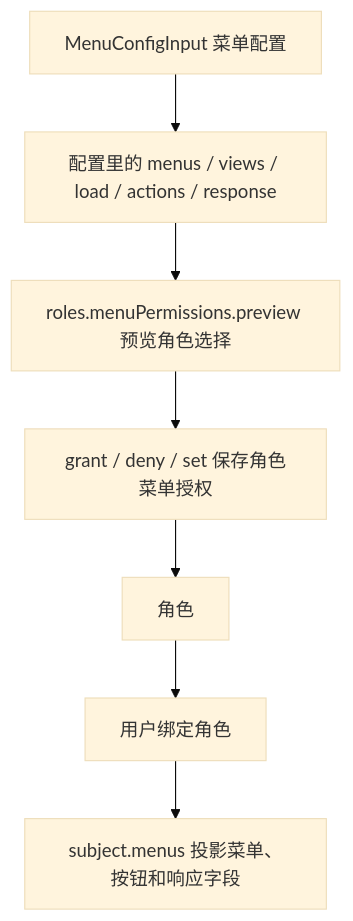
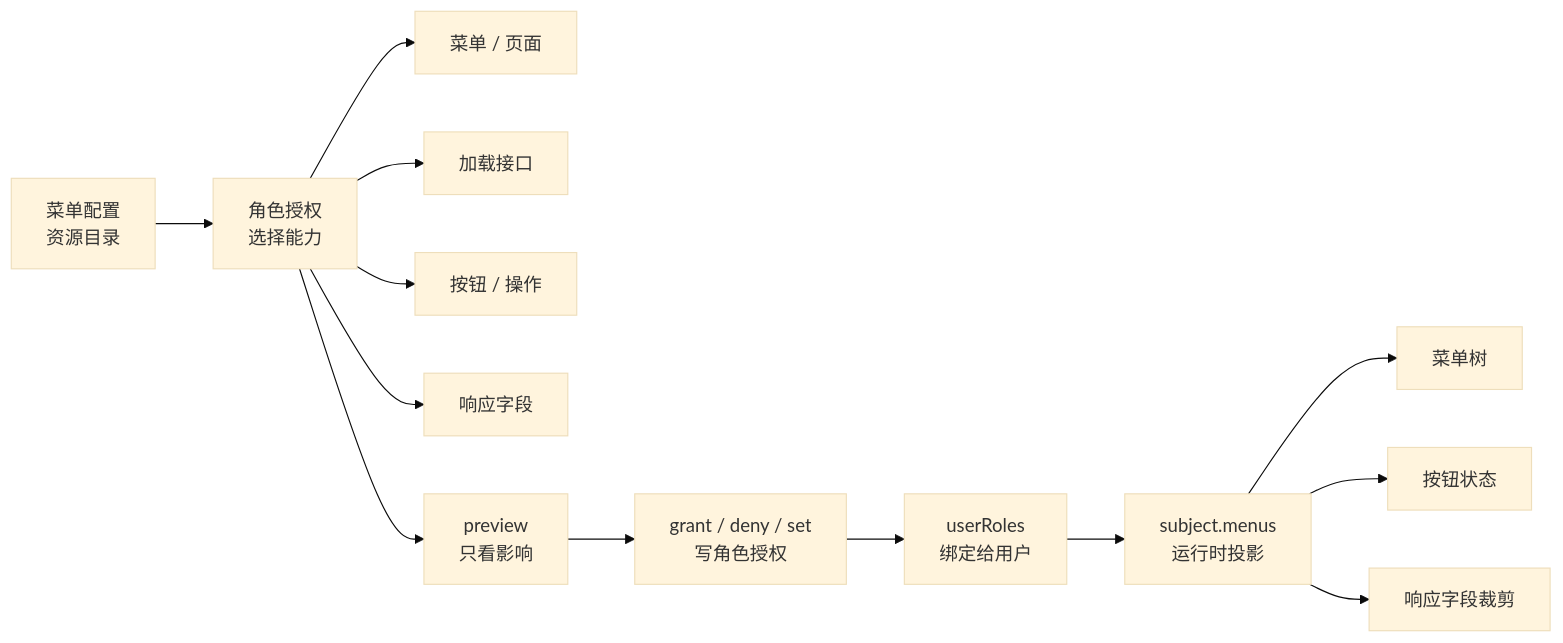
The diagram in website/docs/zh/guide/role-menu-authorization.md (vextjs/permission-core), drawn with Mermaid (base theme) before and after one commit. The commit also changed other lines of this file and 14 other files, not shown here.

````diff
--- a/website/docs/zh/guide/role-menu-authorization.md
+++ b/website/docs/zh/guide/role-menu-authorization.md
@@ -9,11 +24,17 @@
 ```mermaid
-flowchart TD
+flowchart LR
   accTitle: 角色菜单授权关系
   accDescr: 已保存的菜单配置提供可授权的菜单、页面、接口、操作和响应字段，角色菜单授权与用户角色绑定共同决定用户运行时投影。
-  A["MenuConfigInput 菜单配置"] --> B["配置里的 menus / views / load / actions / response"]
-  B --> C["roles.menuPermissions.preview 预览角色选择"]
-  C --> D["grant / deny / set 保存角色菜单授权"]
-  D --> E["角色"]
-  E --> F["用户绑定角色"]
-  F --> G["subject.menus 投影菜单、按钮和响应字段"]
+  A["菜单配置<br/>资源目录"] --> B["角色授权<br/>选择能力"]
+  B --> B1["菜单 / 页面"]
+  B --> B2["加载接口"]
+  B --> B3["按钮 / 操作"]
+  B --> B4["响应字段"]
+  B --> C["preview<br/>只看影响"]
+  C --> D["grant / deny / set<br/>写角色授权"]
+  D --> E["userRoles<br/>绑定给用户"]
+  E --> F["subject.menus<br/>运行时投影"]
+  F --> F1["菜单树"]
+  F --> F2["按钮状态"]
+  F --> F3["响应字段裁剪"]
 ```
````
